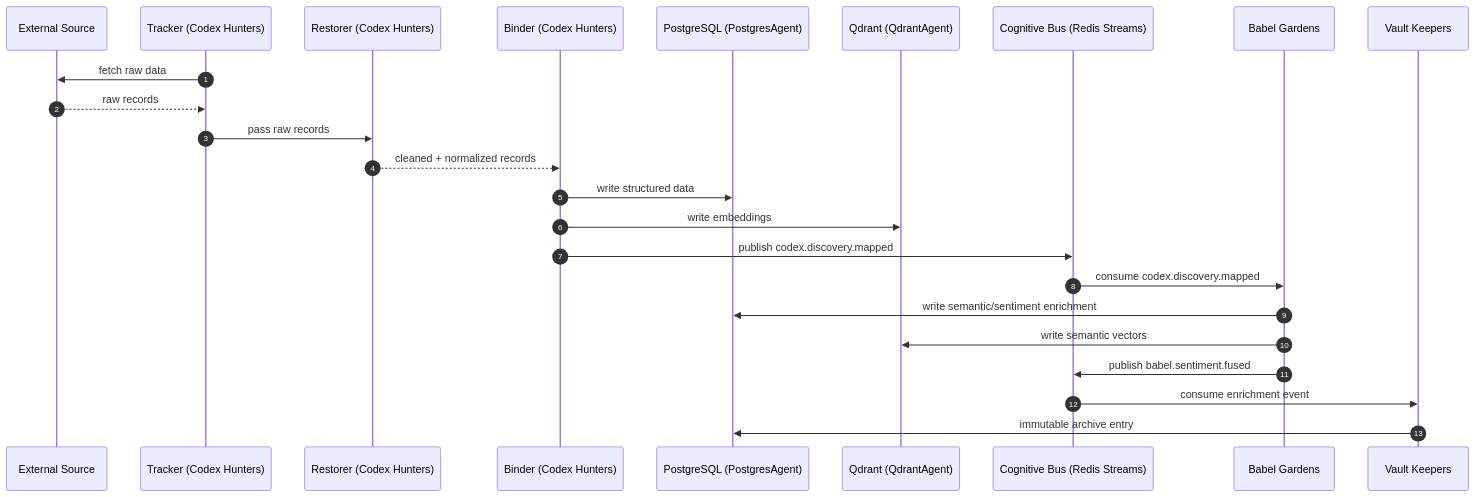
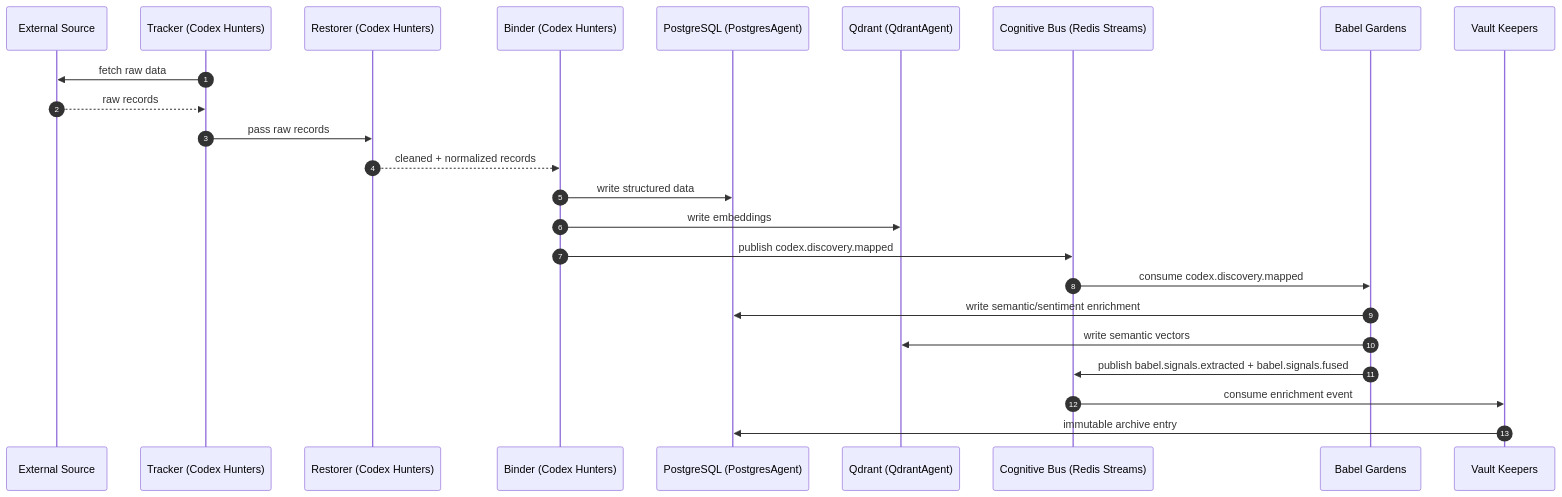
Before and after one commit to vitruvyan/vitruvyan-docs: the first of 3 diagrams in pages/getting-started/pipeline-walkthrough.md, drawn with Mermaid. The commit also changed other lines of this file and 4 other files, not shown here.

````diff
--- a/pages/getting-started/pipeline-walkthrough.md
+++ b/pages/getting-started/pipeline-walkthrough.md
@@ -20,27 +20,27 @@
 ```mermaid
 sequenceDiagram
     autonumber
     participant SRC as External Source
     participant TRK as Tracker (Codex Hunters)
     participant RST as Restorer (Codex Hunters)
     participant BND as Binder (Codex Hunters)
     participant PG as PostgreSQL (PostgresAgent)
     participant QD as Qdrant (QdrantAgent)
     participant BUS as Cognitive Bus (Redis Streams)
     participant BBL as Babel Gardens
     participant VLT as Vault Keepers
 
     TRK->>SRC: fetch raw data
     SRC-->>TRK: raw records
     TRK->>RST: pass raw records
     RST-->>BND: cleaned + normalized records
     BND->>PG: write structured data
     BND->>QD: write embeddings
     BND->>BUS: publish codex.discovery.mapped
     BUS->>BBL: consume codex.discovery.mapped
     BBL->>PG: write semantic/sentiment enrichment
     BBL->>QD: write semantic vectors
-    BBL->>BUS: publish babel.sentiment.fused
+    BBL->>BUS: publish babel.signals.extracted + babel.signals.fused
     BUS->>VLT: consume enrichment event
     VLT->>PG: immutable archive entry
 ```
````
